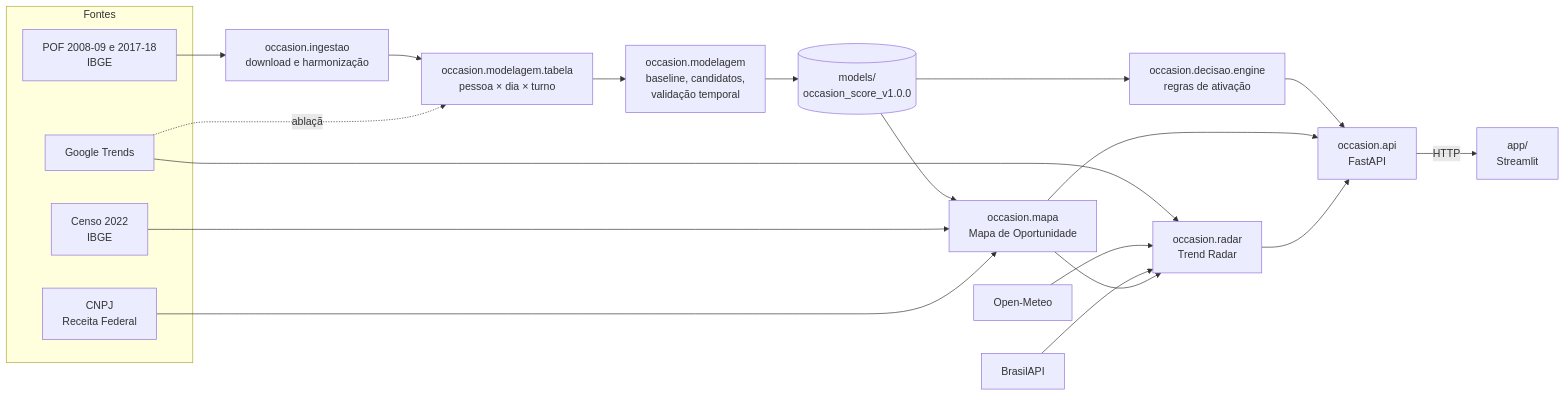
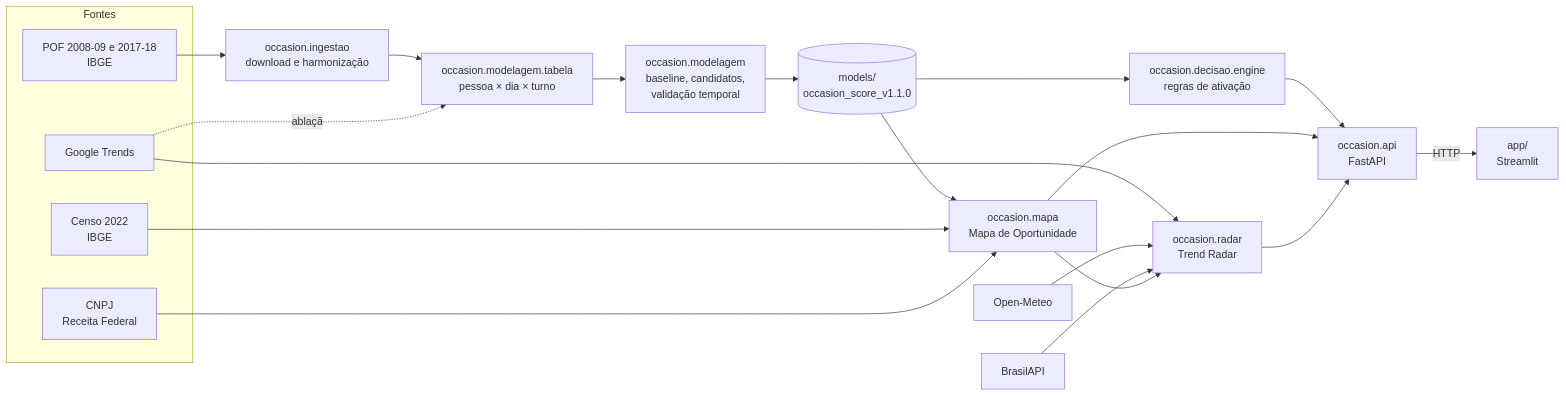
The diagram in README.md (gnfes/ambev-occasion-intelligence), drawn with Mermaid before and after one commit. The commit also changed other lines of this file and 1 other file, not shown here.

````diff
--- a/README.md
+++ b/README.md
@@ -110,26 +110,26 @@
 ```mermaid
 flowchart LR
     subgraph Fontes
         POF[POF 2008-09 e 2017-18<br/>IBGE]
         Censo[Censo 2022<br/>IBGE]
         CNPJ[CNPJ<br/>Receita Federal]
         Trends[Google Trends]
     end
     POF --> Ingestao[occasion.ingestao<br/>download e harmonização]
     Ingestao --> Tabela[occasion.modelagem.tabela<br/>pessoa × dia × turno]
     Trends -.ablação.-> Tabela
     Tabela --> Modelo[occasion.modelagem<br/>baseline, candidatos,<br/>validação temporal]
-    Modelo --> Final[(models/<br/>occasion_score_v1.0.0)]
+    Modelo --> Final[(models/<br/>occasion_score_v1.1.0)]
     Final --> Engine[occasion.decisao.engine<br/>regras de ativação]
     Final --> Mapa[occasion.mapa<br/>Mapa de Oportunidade]
     Censo --> Mapa
     CNPJ --> Mapa
     Engine --> API[occasion.api<br/>FastAPI]
     Mapa --> API
     Trends --> Radar[occasion.radar<br/>Trend Radar]
     Clima[Open-Meteo] --> Radar
     Feriados[BrasilAPI] --> Radar
     Mapa --> Radar
     Radar --> API
     API -->|HTTP| App[app/<br/>Streamlit]
 ```
````
